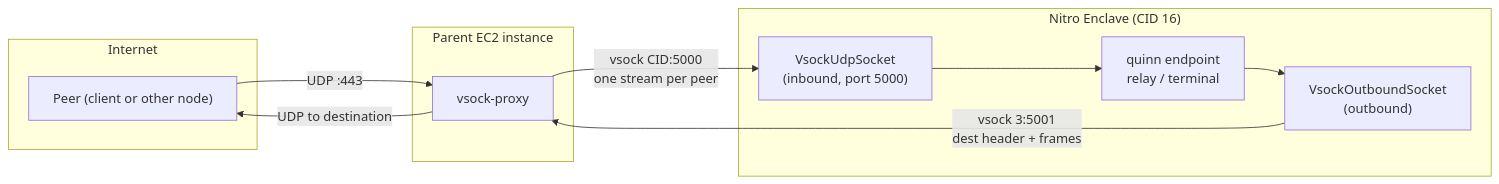
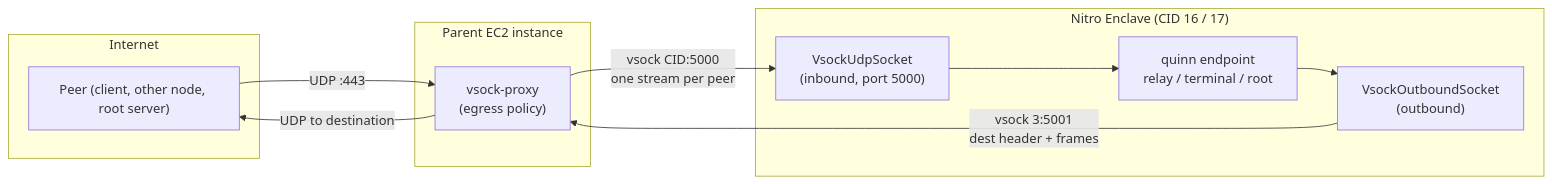
Before and after one commit to Lanetus/TTKServer: the ninth of 10 diagrams in docs/src/ARCHITECTURE.md, drawn with Mermaid. The commit also changed other lines of this file and 9 other files, not shown here.

First line of the commit message:
fix: update the mdBook architecture docs to the current workspace (#76)

````diff
--- a/docs/src/ARCHITECTURE.md
+++ b/docs/src/ARCHITECTURE.md
@@ -316,23 +430,23 @@
 ```mermaid
 flowchart LR
     subgraph Internet
-        P["Peer (client or other node)"]
+        P["Peer (client, other node, root server)"]
     end
 
     subgraph Parent["Parent EC2 instance"]
-        VP["vsock-proxy"]
+        VP["vsock-proxy<br/>(egress policy)"]
     end
 
-    subgraph Enclave["Nitro Enclave (CID 16)"]
+    subgraph Enclave["Nitro Enclave (CID 16 / 17)"]
         IN["VsockUdpSocket<br/>(inbound, port 5000)"]
         OUT["VsockOutboundSocket<br/>(outbound)"]
-        Node["quinn endpoint<br/>relay / terminal"]
+        Node["quinn endpoint<br/>relay / terminal / root"]
     end
 
     P -- "UDP :443" --> VP
     VP -- "vsock CID:5000<br/>one stream per peer" --> IN
     IN --> Node
     Node --> OUT
     OUT -- "vsock 3:5001<br/>dest header + frames" --> VP
     VP -- "UDP to destination" --> P
 ```
````
